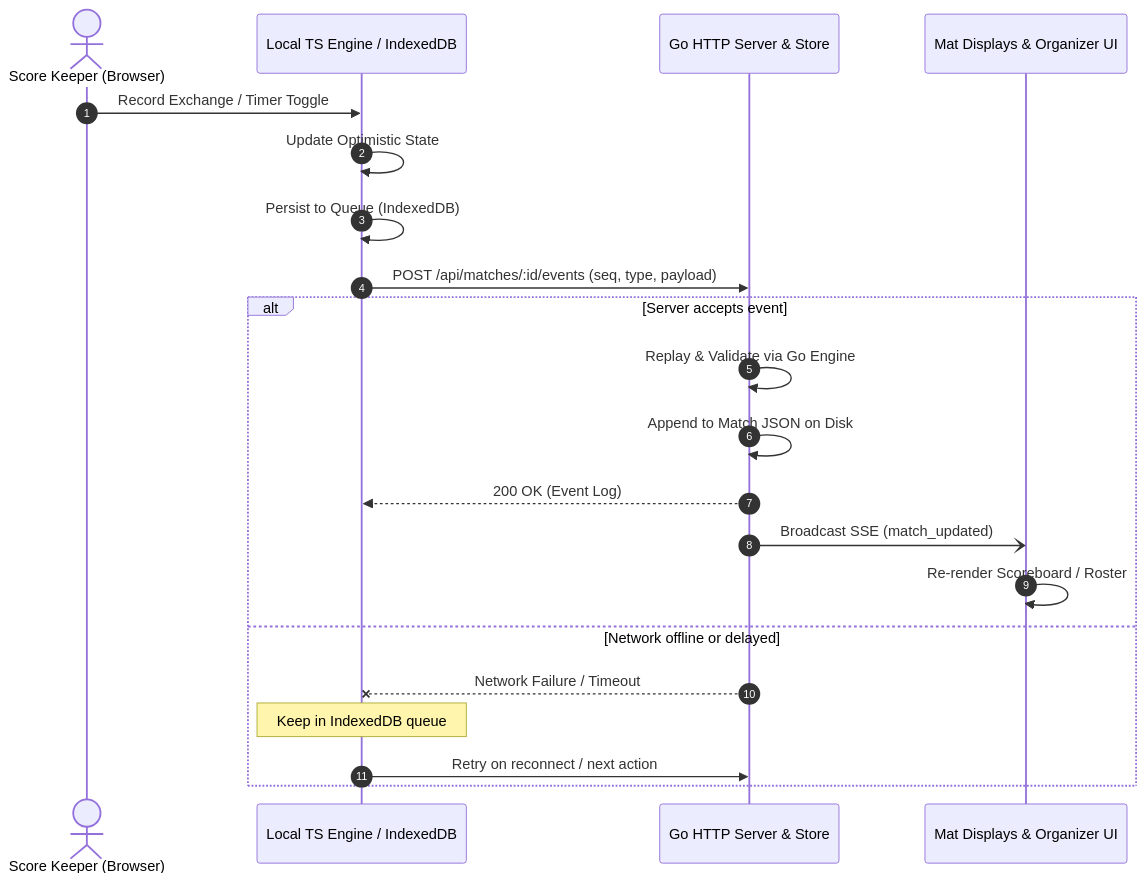
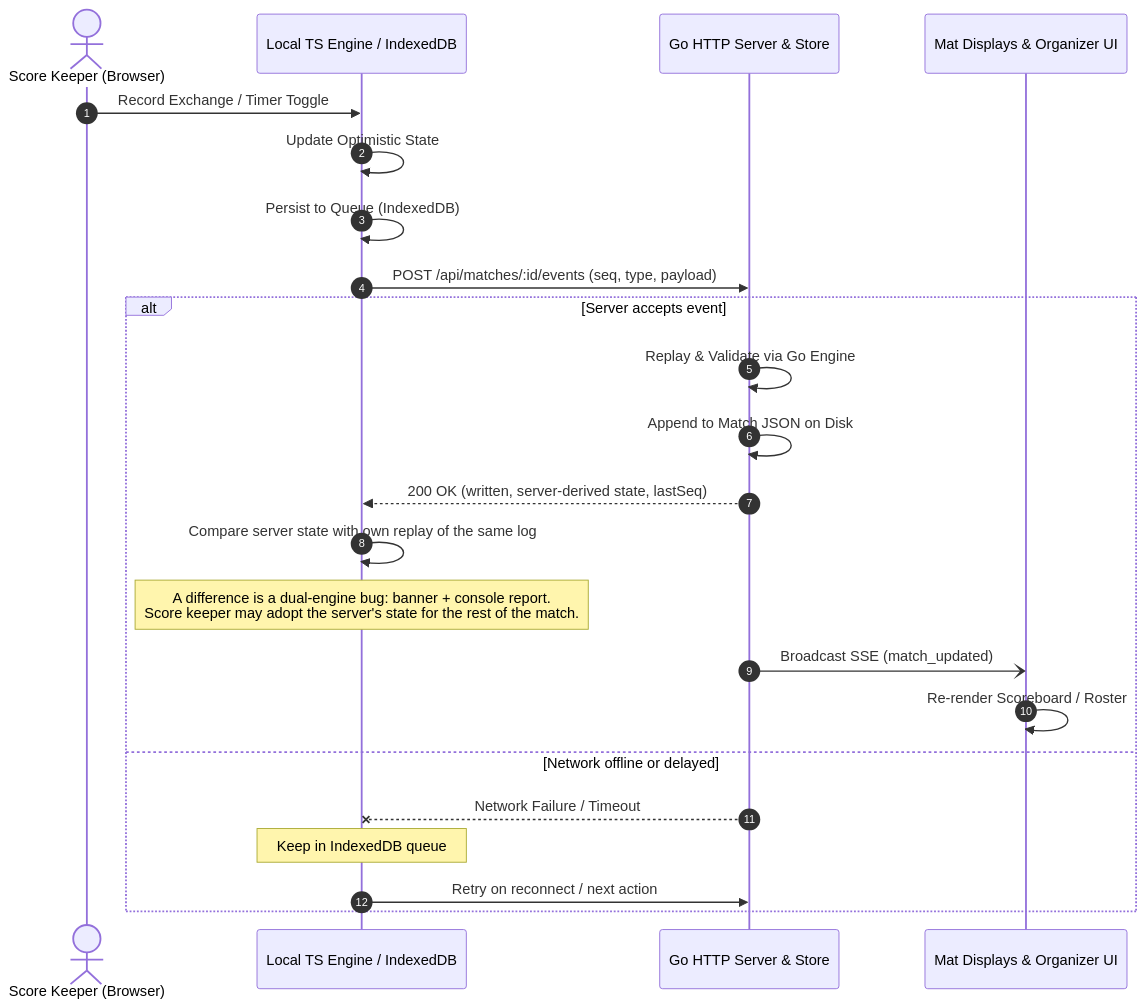
Before and after one commit to fylke/porta-di-ferro: the third of 5 diagrams in docs/architecture.md, drawn with Mermaid. The commit also changed 6 other files, not shown here.

````diff
--- a/docs/architecture.md
+++ b/docs/architecture.md
@@ -96,25 +96,27 @@
 ```mermaid
 sequenceDiagram
     autonumber
     actor SK as Score Keeper (Browser)
     participant LocalEngine as Local TS Engine / IndexedDB
     participant Server as Go HTTP Server & Store
     participant Displays as Mat Displays & Organizer UI
 
     SK->>LocalEngine: Record Exchange / Timer Toggle
     LocalEngine->>LocalEngine: Update Optimistic State
     LocalEngine->>LocalEngine: Persist to Queue (IndexedDB)
     LocalEngine->>Server: POST /api/matches/:id/events (seq, type, payload)
 
     alt Server accepts event
         Server->>Server: Replay & Validate via Go Engine
         Server->>Server: Append to Match JSON on Disk
-        Server-->>LocalEngine: 200 OK (Event Log)
+        Server-->>LocalEngine: 200 OK (written, server-derived state, lastSeq)
+        LocalEngine->>LocalEngine: Compare server state with own replay of the same log
+        Note over LocalEngine: A difference is a dual-engine bug: banner + console report.<br/>Score keeper may adopt the server's state for the rest of the match.
         Server-)Displays: Broadcast SSE (match_updated)
         Displays->>Displays: Re-render Scoreboard / Roster
     else Network offline or delayed
         Server--xLocalEngine: Network Failure / Timeout
         Note over LocalEngine: Keep in IndexedDB queue
         LocalEngine->>Server: Retry on reconnect / next action
     end
 ```
````
